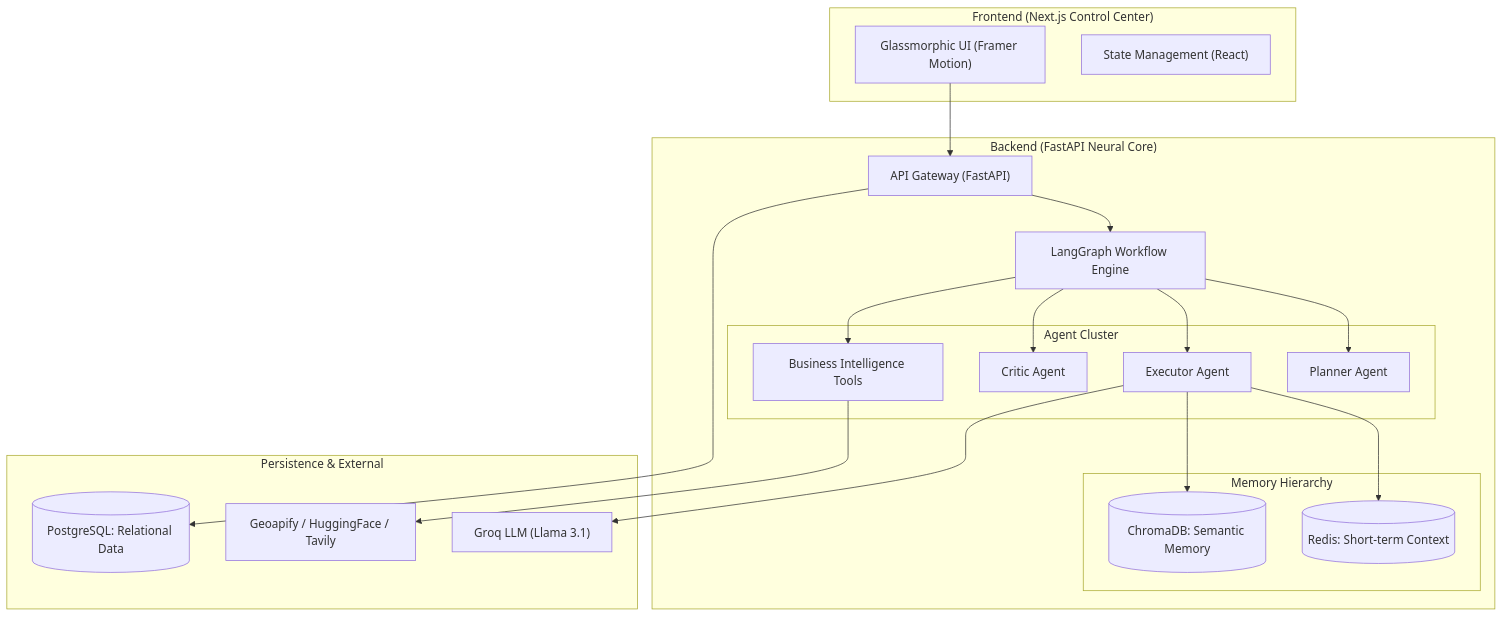
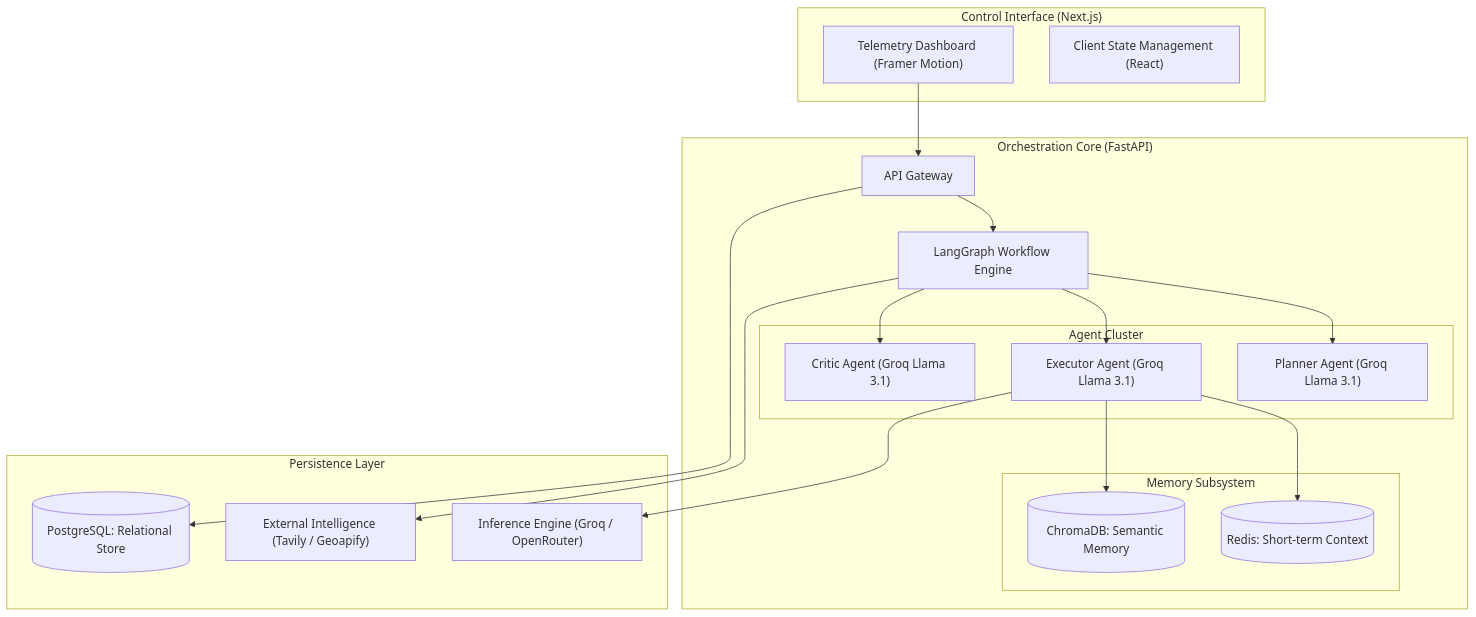
Before and after one commit to priyanshsingh11/AgentForge: the diagram in README.md, drawn with Mermaid. The commit also changed other lines of this file, not shown here.

````diff
--- a/README.md
+++ b/README.md
@@ -17,39 +9,37 @@
 ```mermaid
 graph TD
-    subgraph "Frontend (Next.js Control Center)"
-        UI["Glassmorphic UI (Framer Motion)"]
-        State["State Management (React)"]
+    subgraph "Control Interface (Next.js)"
+        UI["Telemetry Dashboard (Framer Motion)"]
+        State["Client State Management (React)"]
     end
 
-    subgraph "Backend (FastAPI Neural Core)"
-        Router["API Gateway (FastAPI)"]
+    subgraph "Orchestration Core (FastAPI)"
+        Router["API Gateway"]
         Graph["LangGraph Workflow Engine"]
         
         subgraph "Agent Cluster"
-            Planner["Planner Agent"]
-            Executor["Executor Agent"]
-            Critic["Critic Agent"]
-            Tools["Business Intelligence Tools"]
+            Planner["Planner Agent (Groq Llama 3.1)"]
+            Executor["Executor Agent (Groq Llama 3.1)"]
+            Critic["Critic Agent (Groq Llama 3.1)"]
         end
         
-        subgraph "Memory Hierarchy"
+        subgraph "Memory Subsystem"
             Redis[("Redis: Short-term Context")]
             Chroma[("ChromaDB: Semantic Memory")]
         end
     end
 
-    subgraph "Persistence & External"
-        Postgres[("PostgreSQL: Relational Data")]
-        LLM["Groq LLM (Llama 3.1)"]
-        ExtAPI["Geoapify / HuggingFace / Tavily"]
+    subgraph "Persistence Layer"
+        Postgres[("PostgreSQL: Relational Store")]
+        LLM["Inference Engine (Groq / OpenRouter)"]
+        ExtAPI["External Intelligence (Tavily / Geoapify)"]
     end
 
     UI --> Router
     Router --> Graph
     Graph --> Planner & Executor & Critic
     Executor --> Redis & Chroma
     Executor --> LLM
-    Graph --> Tools
-    Tools --> ExtAPI
+    Graph --> ExtAPI
     Router --> Postgres
 ```
````
